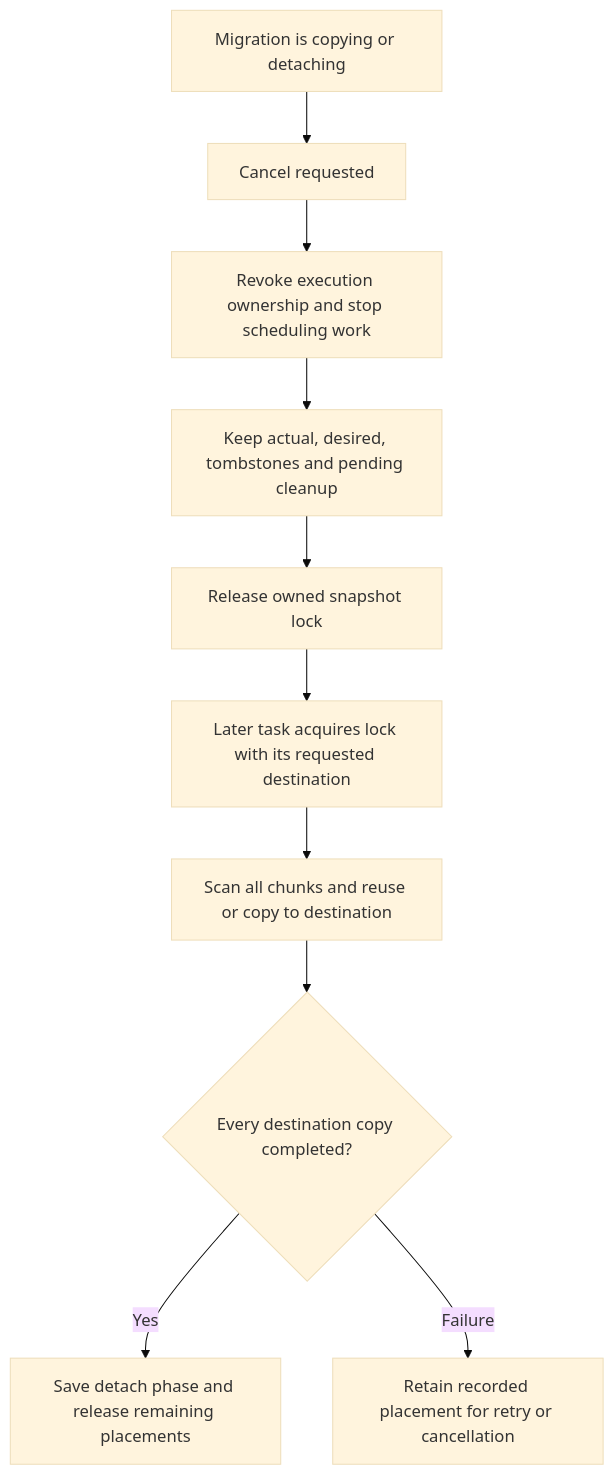
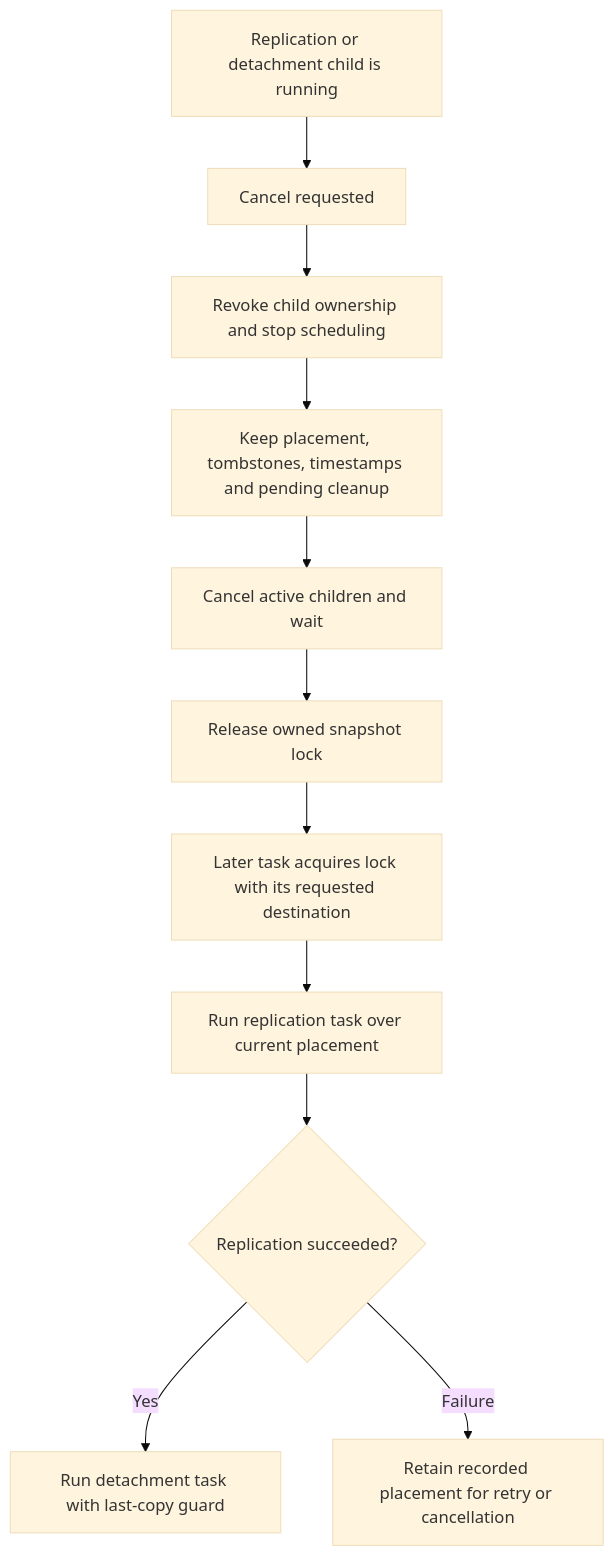
The ninth of 10 diagrams in doc/disk_manager/chunk_storage/design_doc.md (ydb-platform/nbs), drawn with Mermaid (base theme) before and after one commit. The commit also changed other lines of this file, not shown here.

````diff
--- a/doc/disk_manager/chunk_storage/design_doc.md
+++ b/doc/disk_manager/chunk_storage/design_doc.md
@@ -349,12 +377,13 @@
 ```mermaid
 flowchart TD
-    Running[Migration is copying or detaching] --> Cancel[Cancel requested]
-    Cancel --> Stop[Revoke execution ownership and stop scheduling work]
-    Stop --> Keep[Keep actual, desired, tombstones and pending cleanup]
-    Keep --> Unlock[Release owned snapshot lock]
+    Running[Replication or detachment child is running] --> Cancel[Cancel requested]
+    Cancel --> Stop[Revoke child ownership and stop scheduling]
+    Stop --> Keep[Keep placement, tombstones, timestamps and pending cleanup]
+    Keep --> Children[Cancel active children and wait]
+    Children --> Unlock[Release owned snapshot lock]
     Unlock --> Next[Later task acquires lock with its requested destination]
-    Next --> Copy[Scan all chunks and reuse or copy to destination]
-    Copy --> Ready{Every destination copy completed?}
-    Ready -->|Yes| Detach[Save detach phase and release remaining placements]
+    Next --> Copy[Run replication task over current placement]
+    Copy --> Ready{Replication succeeded?}
+    Ready -->|Yes| Detach[Run detachment task with last-copy guard]
     Ready -->|Failure| Retry[Retain recorded placement for retry or cancellation]
 ```
````
